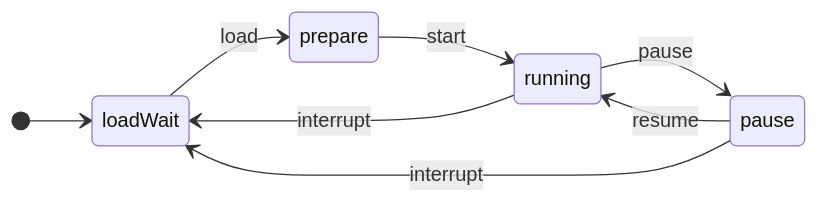
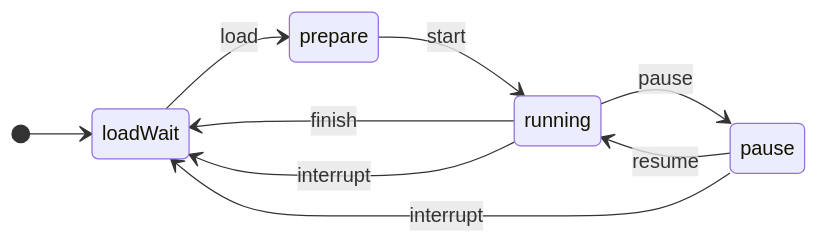
Before and after one commit to mui-z/EffectiveNovelCore: the diagram in README.md, drawn with Mermaid.

````diff
--- a/README.md
+++ b/README.md
@@ -75,11 +75,12 @@
 ```mermaid
 stateDiagram-v2
     direction LR
     [*] --> loadWait
     loadWait --> prepare: load
     prepare --> running: start
+    running --> loadWait: finish
     running --> pause: pause
     pause --> running: resume
     running --> loadWait: interrupt
     pause --> loadWait: interrupt
 ```
````
